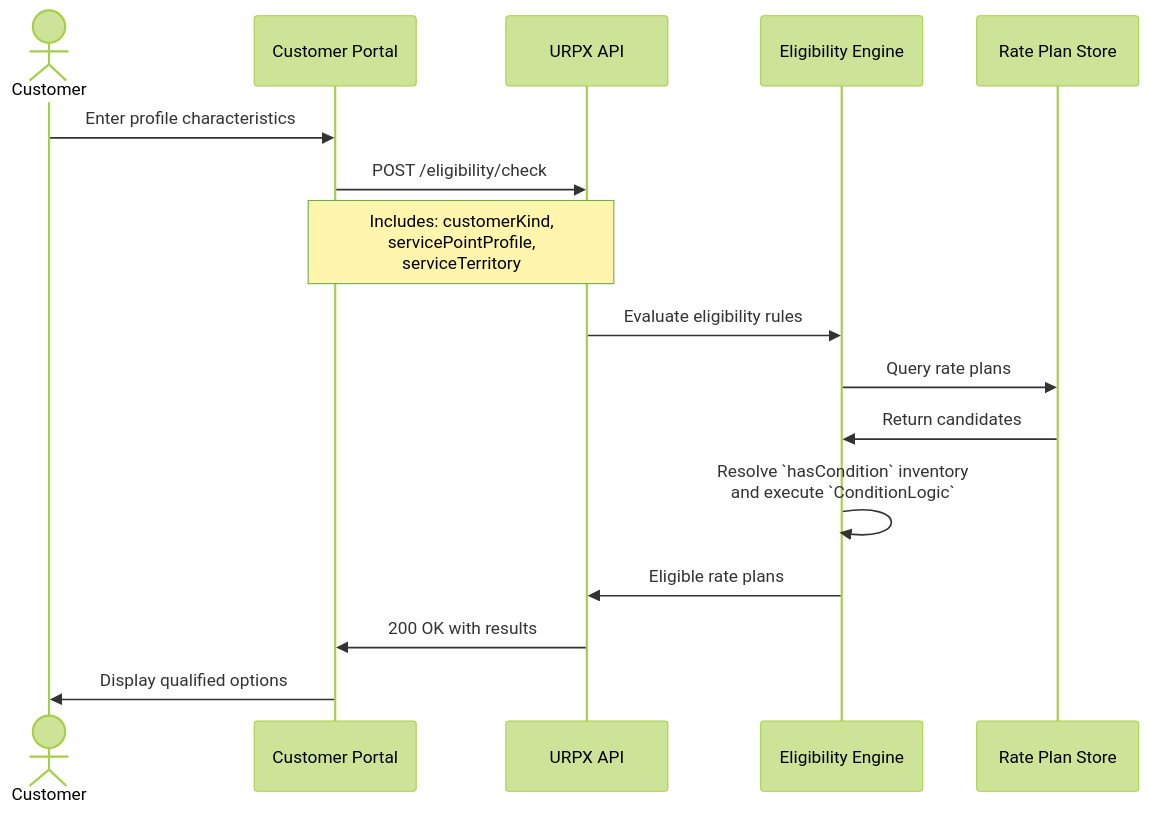
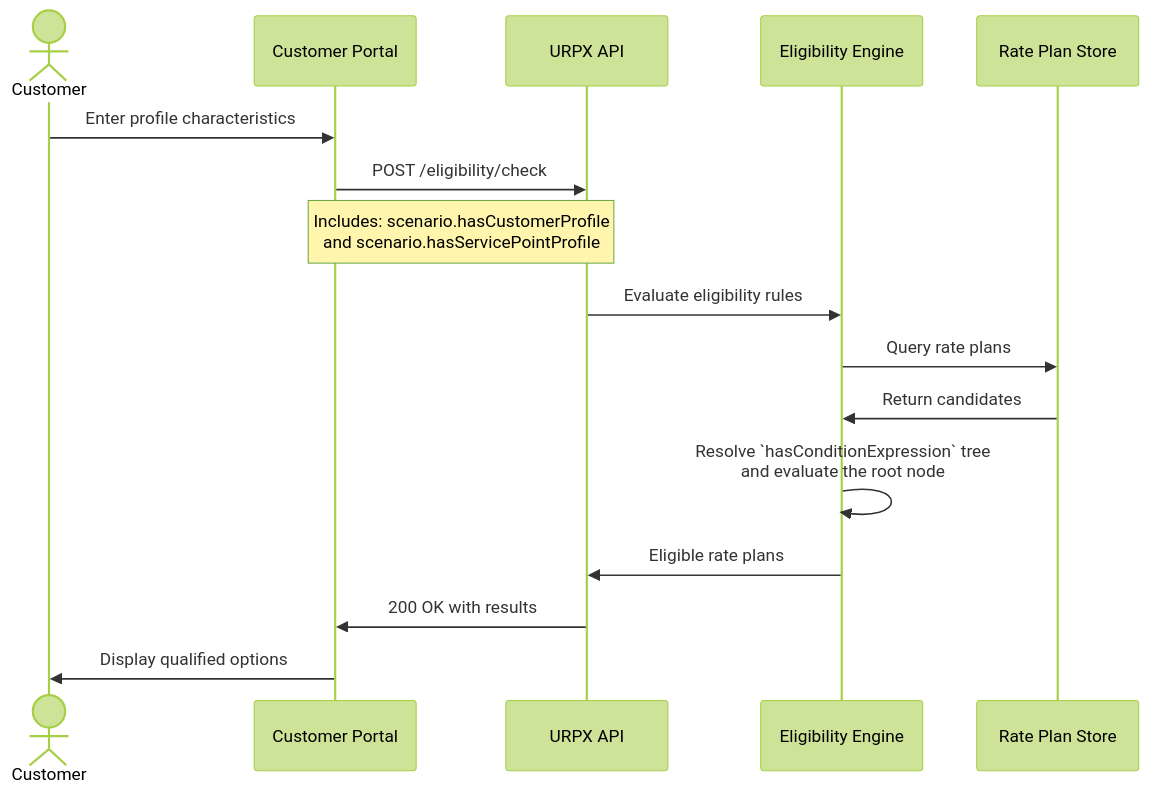
Before and after one commit to urpx-org/urpx: the second of 2 diagrams in documentation/pages/urpx-api-spec.md, drawn with Mermaid (forest theme). The commit also changed other lines of this file and 11 other files, not shown here.

First line of the commit message:
docs: sync v0.2.0 docs, diagrams, and validation guidance

````diff
--- a/documentation/pages/urpx-api-spec.md
+++ b/documentation/pages/urpx-api-spec.md
@@ -175,19 +175,19 @@
 ```mermaid
 sequenceDiagram
     actor Customer
     participant Portal as Customer Portal
     participant API as URPX API
     participant Engine as Eligibility Engine
     participant Store as Rate Plan Store
     
     Customer->>Portal: Enter profile characteristics
     Portal->>API: POST /eligibility/check
-    Note over Portal,API: Includes: customerKind,<br/>servicePointProfile,<br/>serviceTerritory
+    Note over Portal,API: Includes: scenario.hasCustomerProfile<br/>and scenario.hasServicePointProfile
     API->>Engine: Evaluate eligibility rules
     Engine->>Store: Query rate plans
     Store->>Engine: Return candidates
-    Engine->>Engine: Resolve `hasCondition` inventory<br/>and execute `ConditionLogic`
+    Engine->>Engine: Resolve `hasConditionExpression` tree<br/>and evaluate the root node
     Engine->>API: Eligible rate plans
     API->>Portal: 200 OK with results
     Portal->>Customer: Display qualified options
 ```
````
